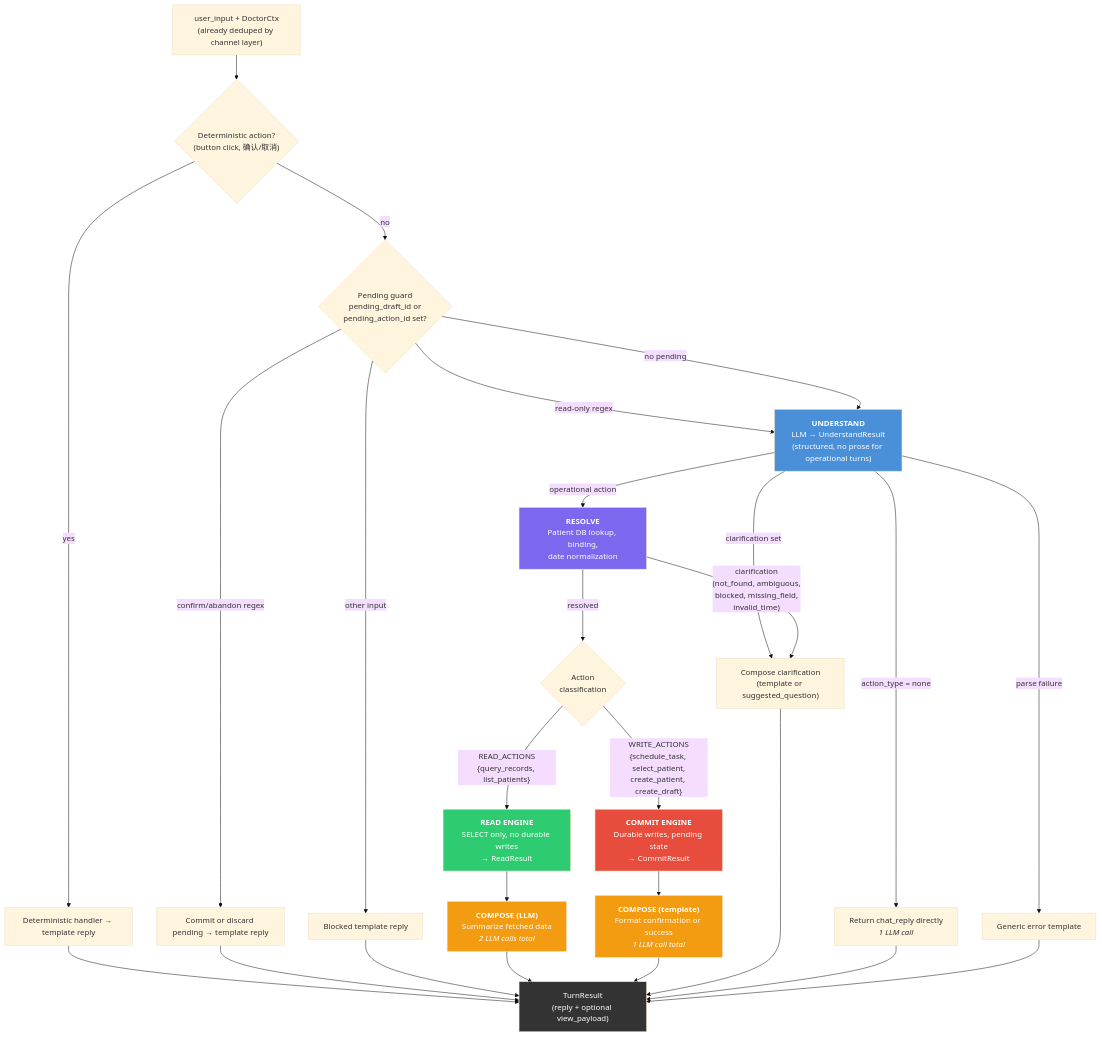
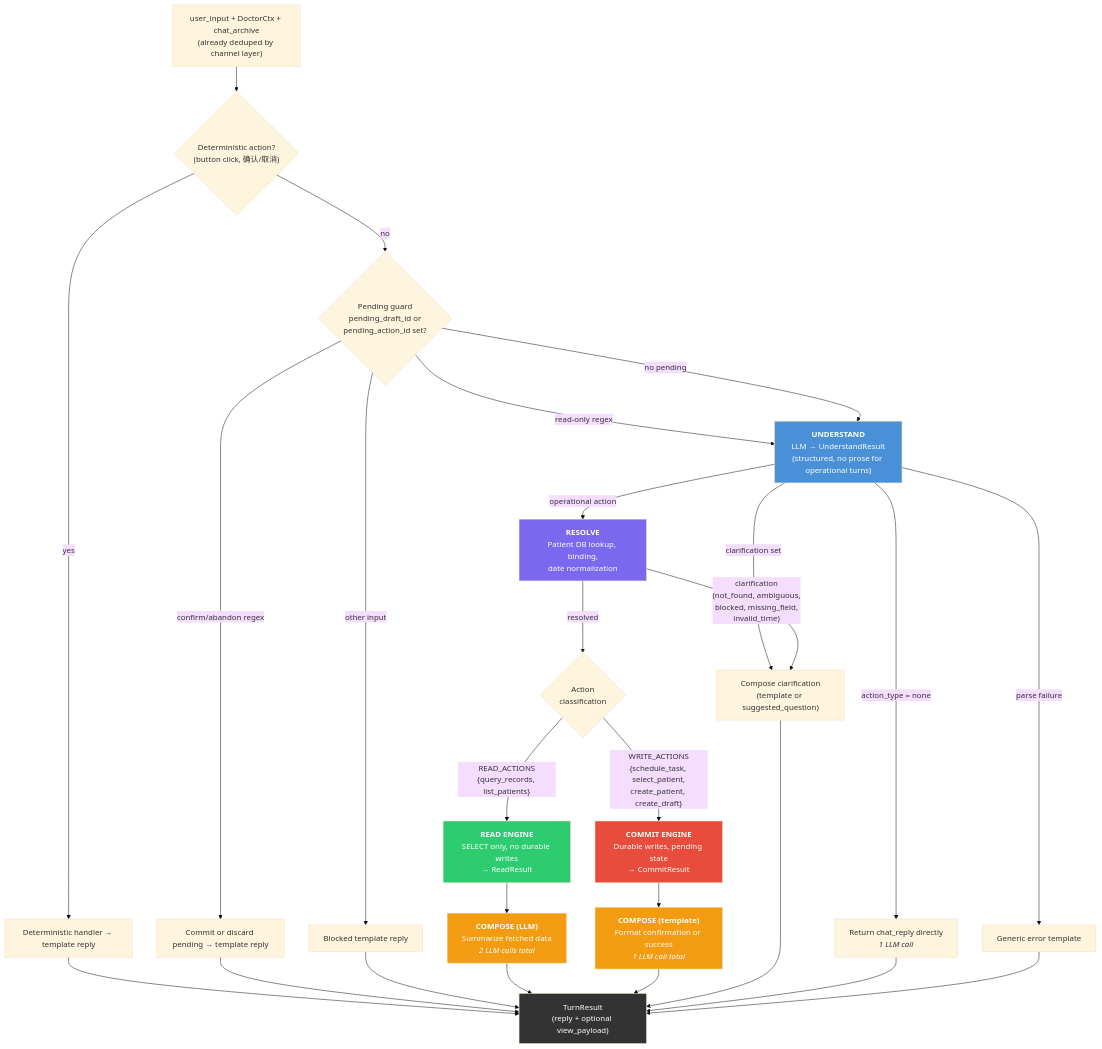
Before and after one commit to moments8890/doctor-ai-agent: the first of 7 diagrams in docs/adr/0012-architecture-diagram.md, drawn with Mermaid (base theme). The commit also changed other lines of this file, not shown here.

First line of the commit message:
docs: add pending guard to clarification diagram, show chat_archive as pipeline input

````diff
--- a/docs/adr/0012-architecture-diagram.md
+++ b/docs/adr/0012-architecture-diagram.md
@@ -8,59 +8,59 @@
 ```mermaid
 flowchart TD
-    input["user_input + DoctorCtx<br/>(already deduped by channel layer)"]
+    input["user_input + DoctorCtx + chat_archive<br/>(already deduped by channel layer)"]
 
     %% Pre-pipeline guards
     input --> det{"Deterministic action?<br/>(button click, 确认/取消)"}
     det -->|yes| det_handler["Deterministic handler → template reply"]
     det -->|no| pending{"Pending guard<br/>pending_draft_id or<br/>pending_action_id set?"}
 
     pending -->|"confirm/abandon regex"| commit_or_discard["Commit or discard pending → template reply"]
     pending -->|"read-only regex"| understand
     pending -->|"other input"| blocked_reply["Blocked template reply"]
     pending -->|"no pending"| understand
 
     %% Understand phase
     understand["<b>UNDERSTAND</b><br/>LLM → UnderstandResult<br/>(structured, no prose for operational turns)"]
 
     understand -->|"action_type = none"| direct_reply["Return chat_reply directly<br/><i>1 LLM call</i>"]
     understand -->|"clarification set"| clarify_compose["Compose clarification<br/>(template or suggested_question)"]
     understand -->|"parse failure"| error_template["Generic error template"]
     understand -->|"operational action"| resolve
 
     %% Execute phase - Resolve
     resolve["<b>RESOLVE</b><br/>Patient DB lookup, binding,<br/>date normalization"]
 
     resolve -->|"clarification<br/>(not_found, ambiguous,<br/>blocked, missing_field,<br/>invalid_time)"| clarify_compose
     resolve -->|"resolved"| dispatch{"Action<br/>classification"}
 
     dispatch -->|"READ_ACTIONS<br/>{query_records, list_patients}"| read_engine
     dispatch -->|"WRITE_ACTIONS<br/>{schedule_task, select_patient,<br/>create_patient, create_draft}"| commit_engine
 
     %% Read engine
     read_engine["<b>READ ENGINE</b><br/>SELECT only, no durable writes<br/>→ ReadResult"]
 
     %% Commit engine
     commit_engine["<b>COMMIT ENGINE</b><br/>Durable writes, pending state<br/>→ CommitResult"]
 
     %% Compose phase
     read_engine --> compose_llm["<b>COMPOSE (LLM)</b><br/>Summarize fetched data<br/><i>2 LLM calls total</i>"]
     commit_engine --> compose_template["<b>COMPOSE (template)</b><br/>Format confirmation or success<br/><i>1 LLM call total</i>"]
 
     det_handler --> turn_result["TurnResult<br/>(reply + optional view_payload)"]
     commit_or_discard --> turn_result
     blocked_reply --> turn_result
     compose_llm --> turn_result
     compose_template --> turn_result
     clarify_compose --> turn_result
     direct_reply --> turn_result
     error_template --> turn_result
 
     %% Styling
     style understand fill:#4a90d9,color:#fff
     style resolve fill:#7b68ee,color:#fff
     style read_engine fill:#2ecc71,color:#fff
     style commit_engine fill:#e74c3c,color:#fff
     style compose_llm fill:#f39c12,color:#fff
     style compose_template fill:#f39c12,color:#fff
     style turn_result fill:#333,color:#fff
 ```
````
